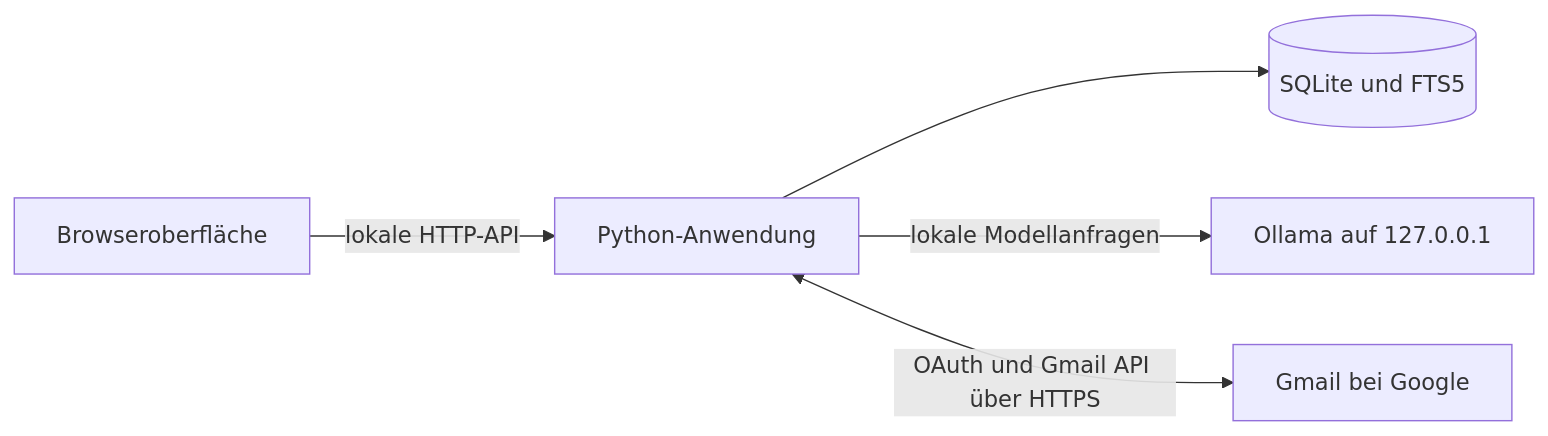
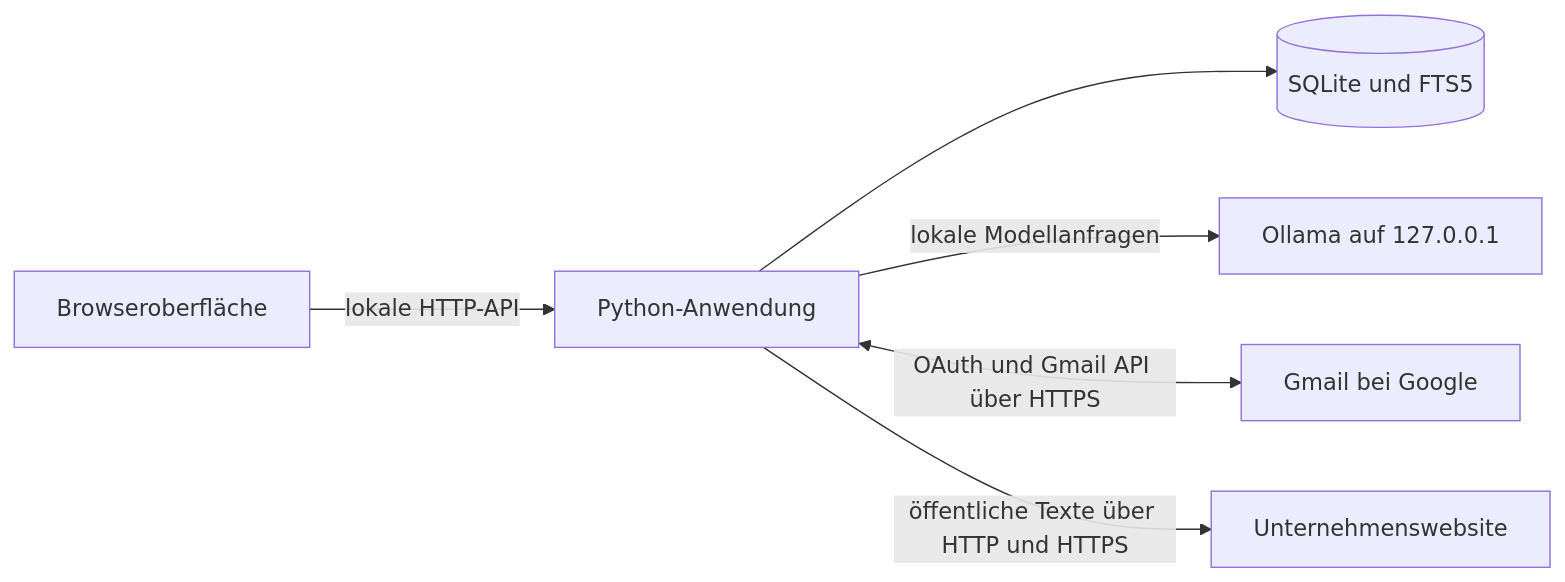
The diagram in DOKUMENTATION.md (DenizGuezel/RepoFuerPDCode), drawn with Mermaid before and after one commit. The commit also changed other lines of this file and 8 other files, not shown here.

````diff
--- a/DOKUMENTATION.md
+++ b/DOKUMENTATION.md
@@ -206,7 +210,8 @@
 ```mermaid
 flowchart LR
     UI[Browseroberfläche] -->|lokale HTTP-API| APP[Python-Anwendung]
     APP --> DB[(SQLite und FTS5)]
     APP -->|lokale Modellanfragen| AI[Ollama auf 127.0.0.1]
     APP <-->|OAuth und Gmail API über HTTPS| GMAIL[Gmail bei Google]
+    APP -->|öffentliche Texte über HTTP und HTTPS| WEB[Unternehmenswebsite]
 ```
````
